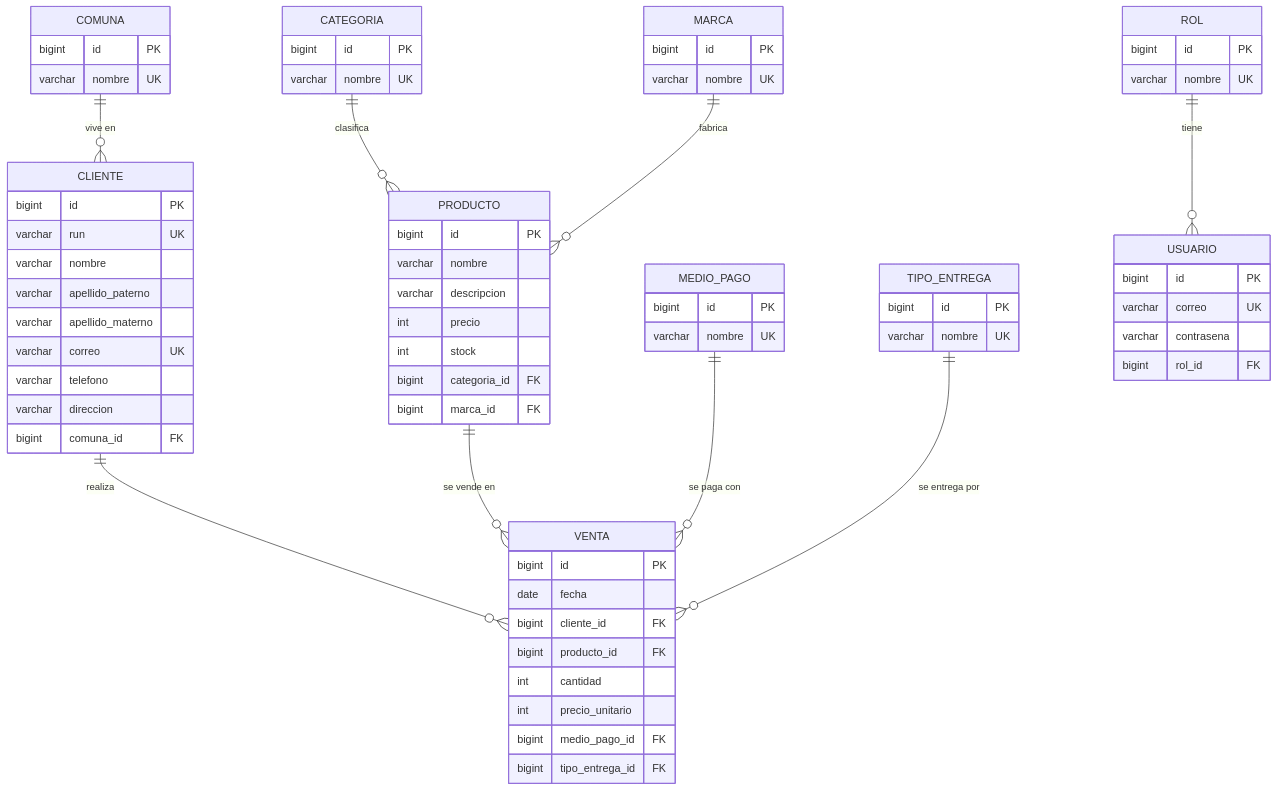
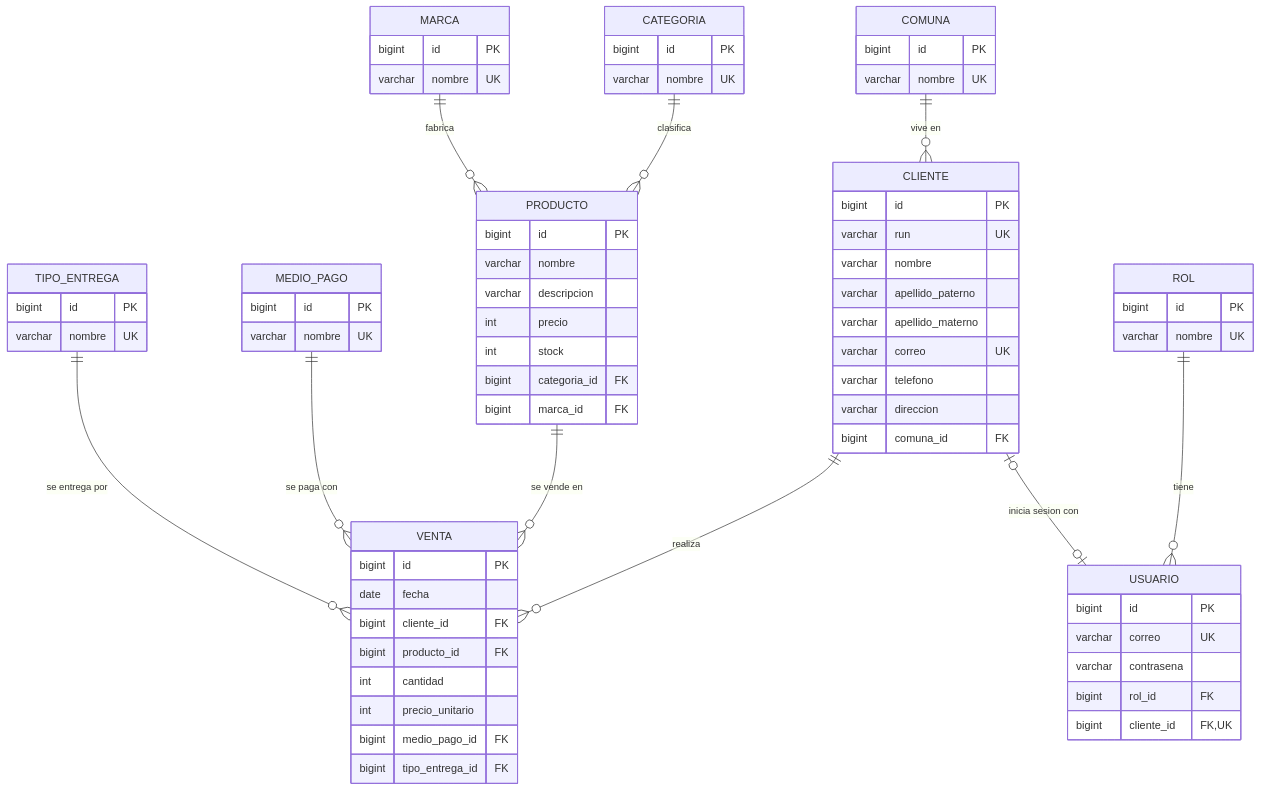
One commit to Alzortttt1204/Evaluacion-3-Full-Stack changed the diagram in backend/README.md. Above: the diagram before and after it, drawn with Mermaid. The commit also changed other lines of this file and 9 other files, not shown here.

First line of the commit message:
Evaluacion 3: relacionar usuario con cliente (V6, ninguna tabla aislada)

````diff
--- a/backend/README.md
+++ b/backend/README.md
@@ -59,52 +61,54 @@
 ```mermaid
 erDiagram
     CATEGORIA    ||--o{ PRODUCTO : clasifica
     MARCA        ||--o{ PRODUCTO : fabrica
     COMUNA       ||--o{ CLIENTE  : "vive en"
     CLIENTE      ||--o{ VENTA    : realiza
     PRODUCTO     ||--o{ VENTA    : "se vende en"
     MEDIO_PAGO   ||--o{ VENTA    : "se paga con"
     TIPO_ENTREGA ||--o{ VENTA    : "se entrega por"
     ROL          ||--o{ USUARIO  : "tiene"
+    CLIENTE      |o--o| USUARIO  : "inicia sesion con"
 
     CATEGORIA    { bigint id PK
                    varchar nombre UK }
     MARCA        { bigint id PK
                    varchar nombre UK }
     COMUNA       { bigint id PK
                    varchar nombre UK }
     MEDIO_PAGO   { bigint id PK
                    varchar nombre UK }
     TIPO_ENTREGA { bigint id PK
                    varchar nombre UK }
     PRODUCTO     { bigint id PK
                    varchar nombre
                    varchar descripcion
                    int precio
                    int stock
                    bigint categoria_id FK
                    bigint marca_id FK }
     CLIENTE      { bigint id PK
                    varchar run UK
                    varchar nombre
                    varchar apellido_paterno
                    varchar apellido_materno
                    varchar correo UK
                    varchar telefono
                    varchar direccion
                    bigint comuna_id FK }
     VENTA        { bigint id PK
                    date fecha
                    bigint cliente_id FK
                    bigint producto_id FK
                    int cantidad
                    int precio_unitario
                    bigint medio_pago_id FK
                    bigint tipo_entrega_id FK }
     ROL          { bigint id PK
                    varchar nombre UK }
     USUARIO      { bigint id PK
                    varchar correo UK
                    varchar contrasena
-                   bigint rol_id FK }
+                   bigint rol_id FK
+                   bigint cliente_id FK, UK }
 ```
````
